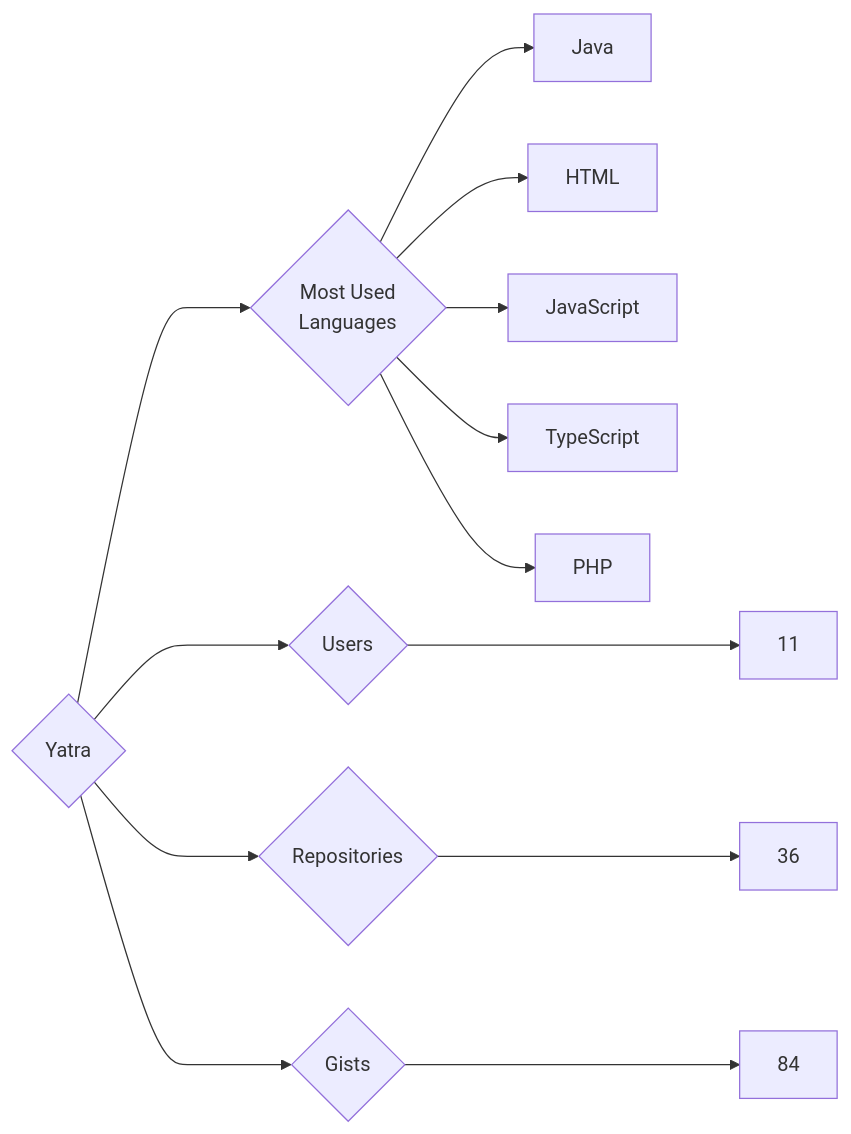
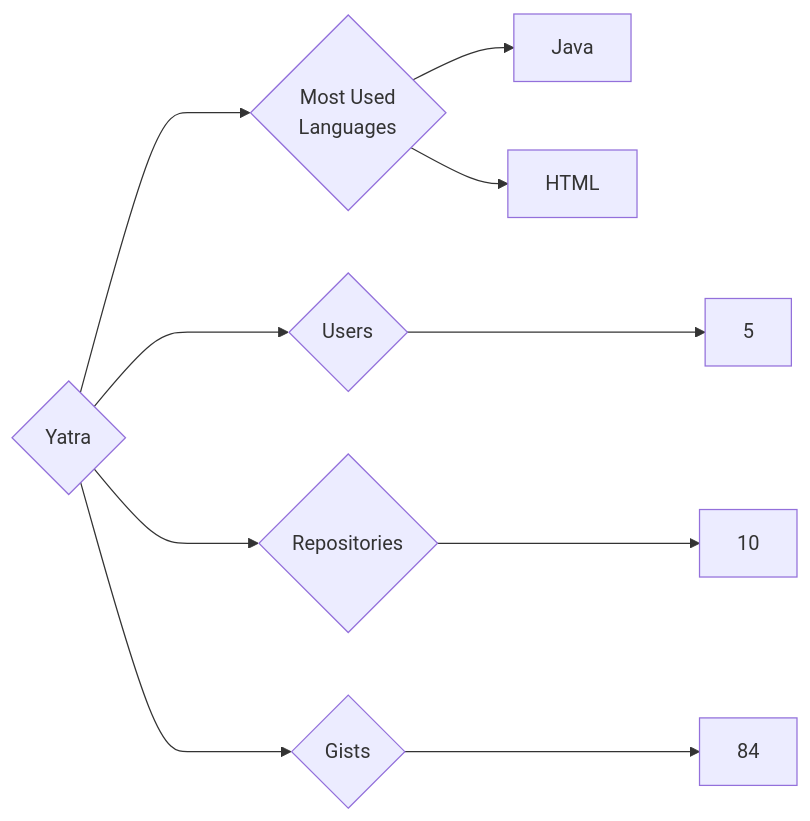
The diagram in targets/Yatra/README.md (trickest/insiders), drawn with Mermaid before and after one commit. The commit also changed 1484 other files, not shown here.

````diff
--- a/targets/Yatra/README.md
+++ b/targets/Yatra/README.md
@@ -3,13 +3,10 @@
 ```mermaid
 graph LR
 COMPANY_NAME{Yatra}
-COMPANY_NAME ---> U{Users} ---> UN[11]
-COMPANY_NAME ---> R{Repositories} ---> RN[36]
+COMPANY_NAME ---> U{Users} ---> UN[5]
+COMPANY_NAME ---> R{Repositories} ---> RN[10]
 COMPANY_NAME ---> G{Gists} ---> GN[84]
 COMPANY_NAME ---> ML{Most Used<br>Languages}
 ML --> Java[Java]
 ML --> HTML[HTML]
-ML --> JavaScript[JavaScript]
-ML --> TypeScript[TypeScript]
-ML --> PHP[PHP]
 ```
````
